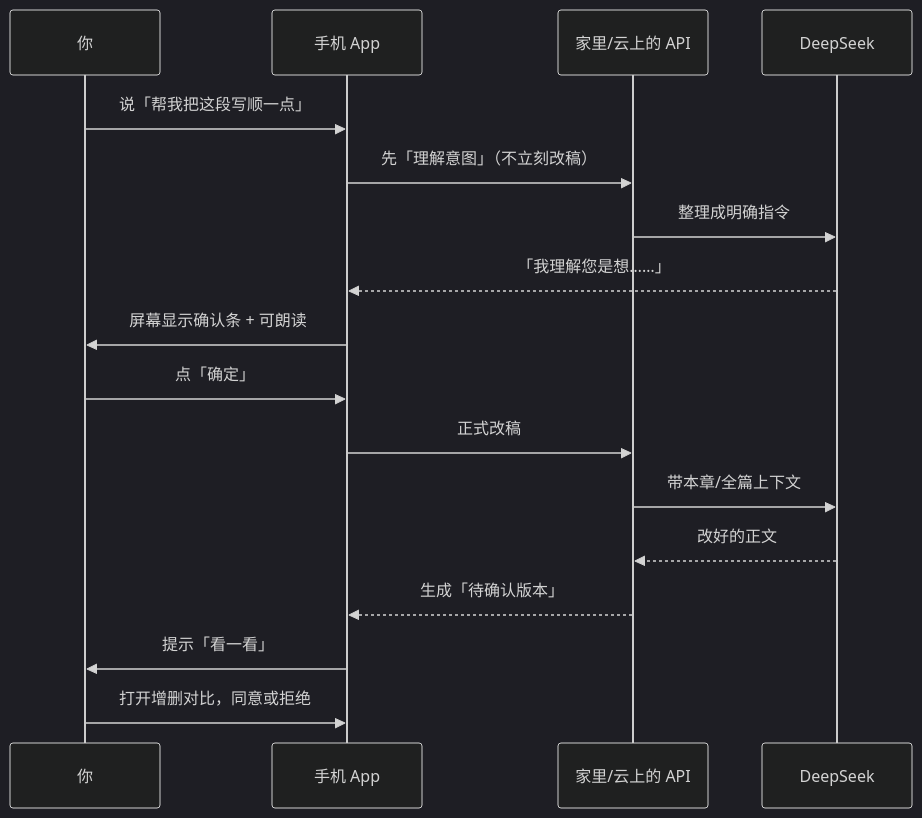
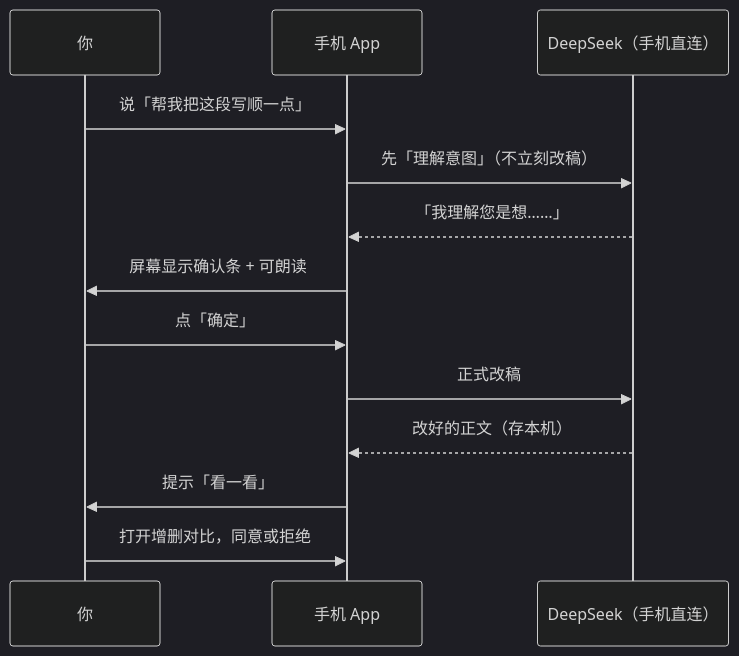
The diagram in docs/项目介绍.md (stchurchye/poemer), drawn with Mermaid (dark theme) before and after one commit. The commit also changed other lines of this file and 41 other files, not shown here.

````diff
--- a/docs/项目介绍.md
+++ b/docs/项目介绍.md
@@ -42,20 +42,16 @@
 ```mermaid
 sequenceDiagram
   participant You as 你
   participant App as 手机 App
-  participant API as 家里/云上的 API
-  participant AI as DeepSeek
+  participant AI as DeepSeek（手机直连）
 
   You->>App: 说「帮我把这段写顺一点」
-  App->>API: 先「理解意图」（不立刻改稿）
-  API->>AI: 整理成明确指令
+  App->>AI: 先「理解意图」（不立刻改稿）
   AI-->>App: 「我理解您是想……」
   App->>You: 屏幕显示确认条 + 可朗读
   You->>App: 点「确定」
-  App->>API: 正式改稿
-  API->>AI: 带本章/全篇上下文
-  AI-->>API: 改好的正文
-  API-->>App: 生成「待确认版本」
+  App->>AI: 正式改稿
+  AI-->>App: 改好的正文（存本机）
   App->>You: 提示「看一看」
   You->>App: 打开增删对比，同意或拒绝
 ```
````
